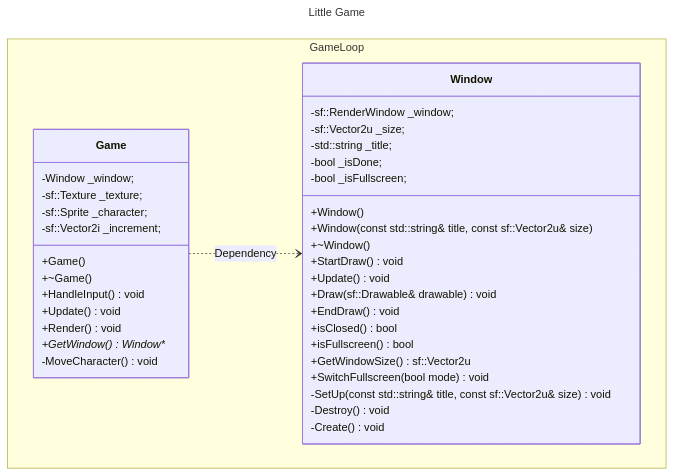
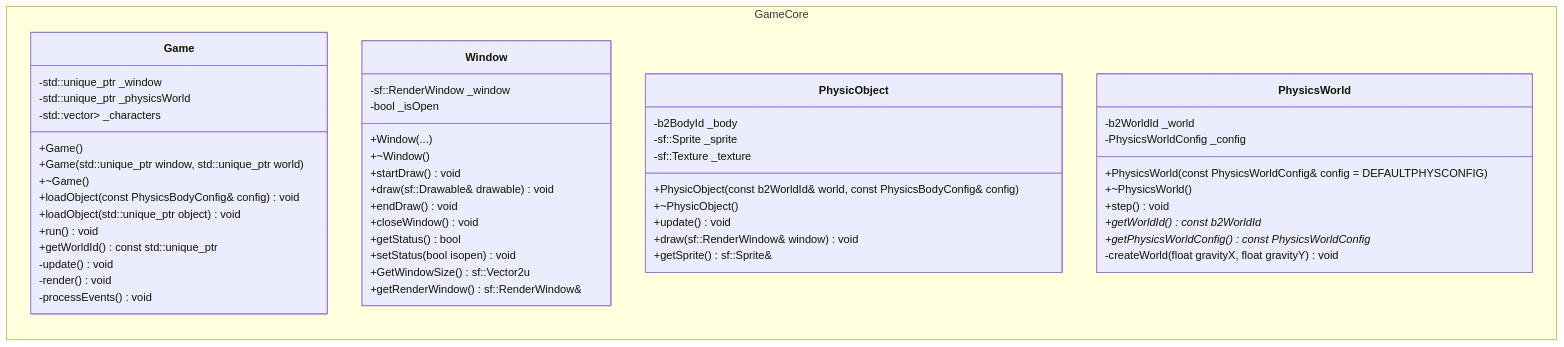
The diagram in README.md (ipersids/sfms-playground-little-game), drawn with Mermaid before and after one commit. The commit also changed other lines of this file and 2 other files, not shown here.

Commit message:
Update main.cpp and README.md

````diff
--- a/README.md
+++ b/README.md
@@ -96,44 +96,61 @@
 ```mermaid
----
-title: Little Game
----
 classDiagram
 direction 
-namespace GameLoop {
+direction RL
+namespace GameCore {
     class Game {
         +Game()
-		+~Game()
-		+HandleInput() void
-		+Update() void
-		+Render() void
-		+GetWindow() Window**
-        -MoveCharacter() void
-        -Window _window;
-		-sf::Texture _texture;
-		-sf::Sprite _character;
-		-sf::Vector2i _increment;
+        +Game(std::unique_ptr<Window> window, std::unique_ptr<PhysicsWorld> world)
+        +~Game()
+        +loadObject(const PhysicsBodyConfig& config) void 
+        +loadObject(std::unique_ptr<PhysicObject> object) void 
+        +run() void 
+        +getWorldId() const std::unique_ptr<PhysicsWorld> 
+
+        -std::unique_ptr<Window> _window
+		-std::unique_ptr<PhysicsWorld> _physicsWorld
+		-std::vector<std::unique_ptr<PhysicObject>> _characters
+
+		-update() void 
+		-render() void 
+		-processEvents() void 
     }
     class Window {
-        +Window()
-		+Window(const std::string& title, const sf::Vector2u& size)
-		+~Window()
-        +StartDraw() void
-		+Update() void
-		+Draw(sf::Drawable& drawable) void
-        +EndDraw() void
-        +isClosed() bool
-		+isFullscreen() bool
-		+GetWindowSize() sf::Vector2u
-		+SwitchFullscreen(bool mode) void
-        -SetUp(const std::string& title, const sf::Vector2u& size) void
-		-Destroy() void
-		-Create() void
-        -sf::RenderWindow _window;
-		-sf::Vector2u _size;
-		-std::string _title;
-		-bool _isDone;
-		-bool _isFullscreen;
+        +Window(...)
+        +~Window()
+        +startDraw() void
+		+draw(sf::Drawable& drawable) void
+		+endDraw() void
+		+closeWindow() void
+        +getStatus() bool 
+		+setStatus(bool isopen) void 
+		+GetWindowSize() sf::Vector2u 
+		+getRenderWindow() sf::RenderWindow& 
+
+        -sf::RenderWindow _window
+		-bool _isOpen
+    }
+    class PhysicObject {
+        +PhysicObject(const b2WorldId& world, const PhysicsBodyConfig& config)
+		+~PhysicObject()
+		+update() void 
+		+draw(sf::RenderWindow& window) void 
+		+getSprite() sf::Sprite&
+        
+		-b2BodyId _body
+		-sf::Sprite _sprite
+		-sf::Texture _texture
+    }
+    class PhysicsWorld {
+        +PhysicsWorld(const PhysicsWorldConfig& config = DEFAULTPHYSCONFIG)
+		+~PhysicsWorld()
+		+step() void
+		+getWorldId() const b2WorldId* 
+		+getPhysicsWorldConfig() const PhysicsWorldConfig* 
+
+        -b2WorldId _world
+		-PhysicsWorldConfig _config
+		-createWorld(float gravityX, float gravityY) void 
     }
 }
-Game ..> Window : Dependency
 ```
````
